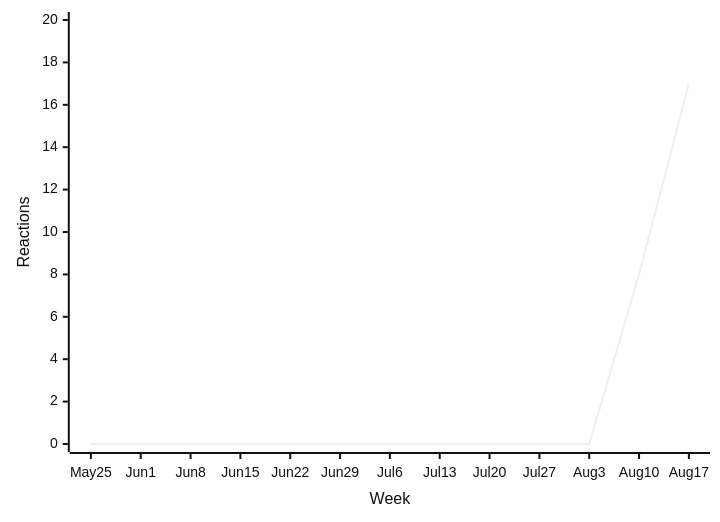
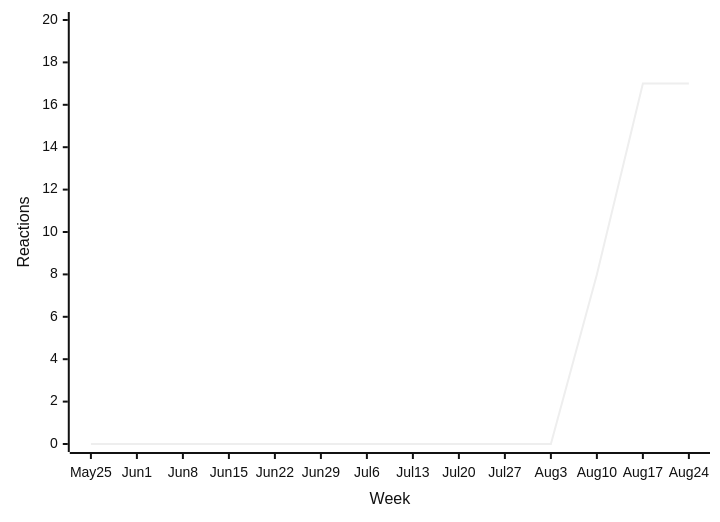
One commit to loic-sharma/github-insights changed the ninth of 38 diagrams in README.md. Above: the diagram before and after it, drawn with Mermaid (neutral theme). The commit also changed other lines of this file and 3 other files, not shown here.

````diff
--- a/README.md
+++ b/README.md
@@ -460,6 +460,6 @@
   ```mermaid
   xychart-beta
-    x-axis "Week" [May 25, Jun 1, Jun 8, Jun 15, Jun 22, Jun 29, Jul 6, Jul 13, Jul 20, Jul 27, Aug 3, Aug 10, Aug 17]
+    x-axis "Week" [May 25, Jun 1, Jun 8, Jun 15, Jun 22, Jun 29, Jul 6, Jul 13, Jul 20, Jul 27, Aug 3, Aug 10, Aug 17, Aug 24]
     y-axis "Reactions" 0 --> 20
-    line [0, 0, 0, 0, 0, 0, 0, 0, 0, 0, 0, 8, 17]
+    line [0, 0, 0, 0, 0, 0, 0, 0, 0, 0, 0, 8, 17, 17]
   ```
````
